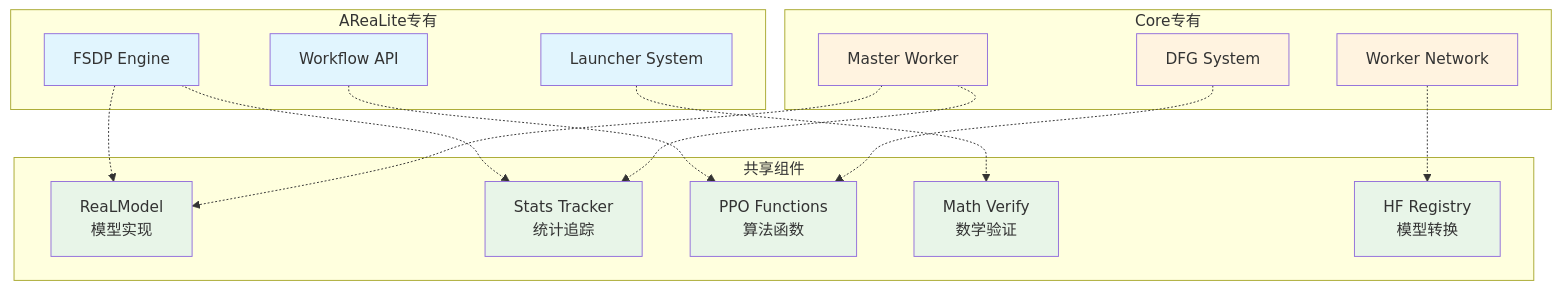
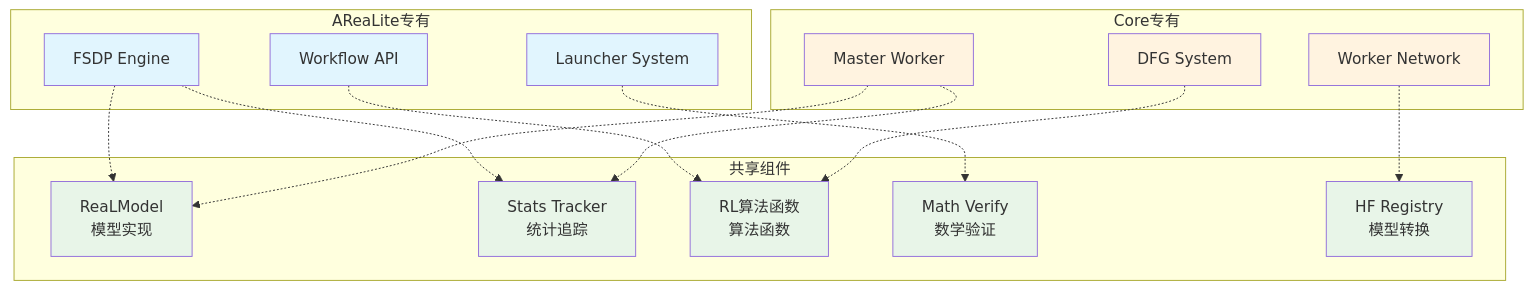
Before and after one commit to zhshgmail/AReaL: the fourth of 11 diagrams in docs/architecture/architecture_diagrams.md, drawn with Mermaid. The commit also changed other lines of this file and 12 other files, not shown here.

Commit message:
update architecture docs

````diff
--- a/docs/architecture/architecture_diagrams.md
+++ b/docs/architecture/architecture_diagrams.md
@@ -161,47 +161,47 @@
 ```mermaid
 graph TB
     subgraph "共享组件"
         SHARED1[ReaLModel<br/>模型实现]
         SHARED2[Stats Tracker<br/>统计追踪]
-        SHARED3[PPO Functions<br/>算法函数]
+        SHARED3[RL算法函数<br/>算法函数]
         SHARED4[Math Verify<br/>数学验证]
         SHARED5[HF Registry<br/>模型转换]
         
         style SHARED1 fill:#e8f5e8
         style SHARED2 fill:#e8f5e8
         style SHARED3 fill:#e8f5e8
         style SHARED4 fill:#e8f5e8
         style SHARED5 fill:#e8f5e8
     end
     
     subgraph "AReaLite专有"
         LITE1[FSDP Engine]
         LITE2[Workflow API]
         LITE3[Launcher System]
         
         style LITE1 fill:#e1f5fe
         style LITE2 fill:#e1f5fe
         style LITE3 fill:#e1f5fe
     end
     
     subgraph "Core专有"
         CORE1[Master Worker]
         CORE2[DFG System]
         CORE3[Worker Network]
         
         style CORE1 fill:#fff3e0
         style CORE2 fill:#fff3e0
         style CORE3 fill:#fff3e0
     end
     
     %% 依赖关系
     LITE1 -.-> SHARED1
     LITE1 -.-> SHARED2
     LITE2 -.-> SHARED3
     LITE3 -.-> SHARED4
     
     CORE1 -.-> SHARED1
     CORE1 -.-> SHARED2
     CORE2 -.-> SHARED3
     CORE3 -.-> SHARED5
 ```
````
